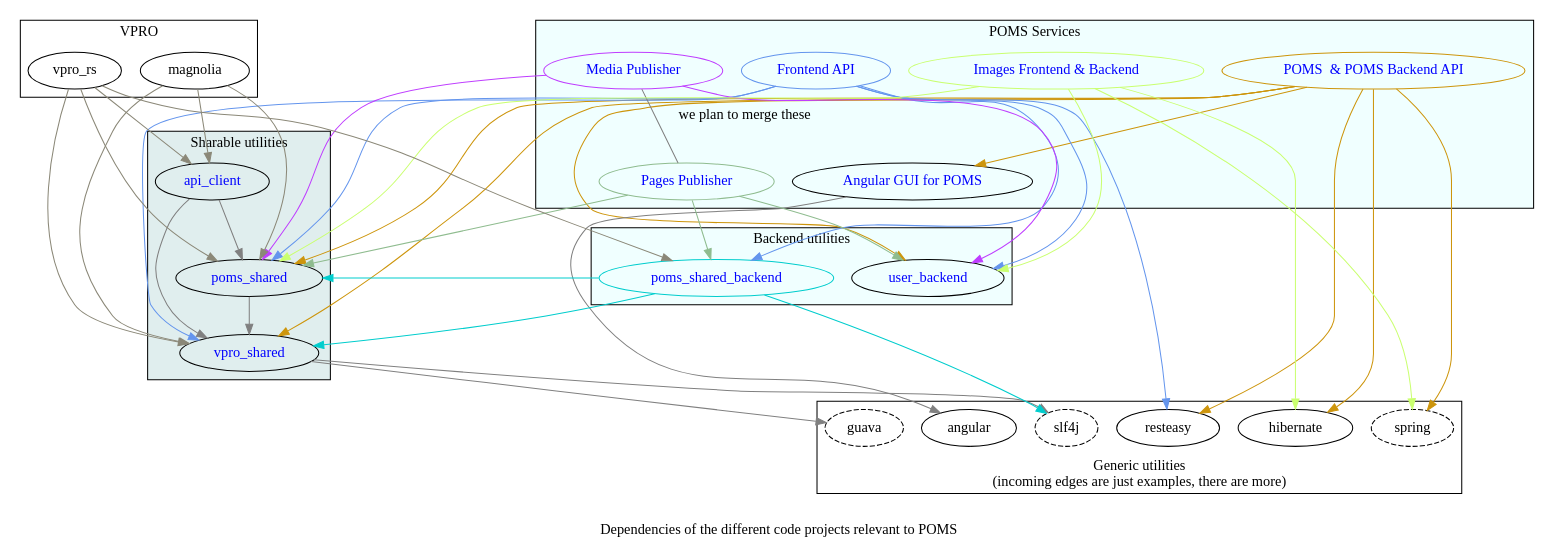
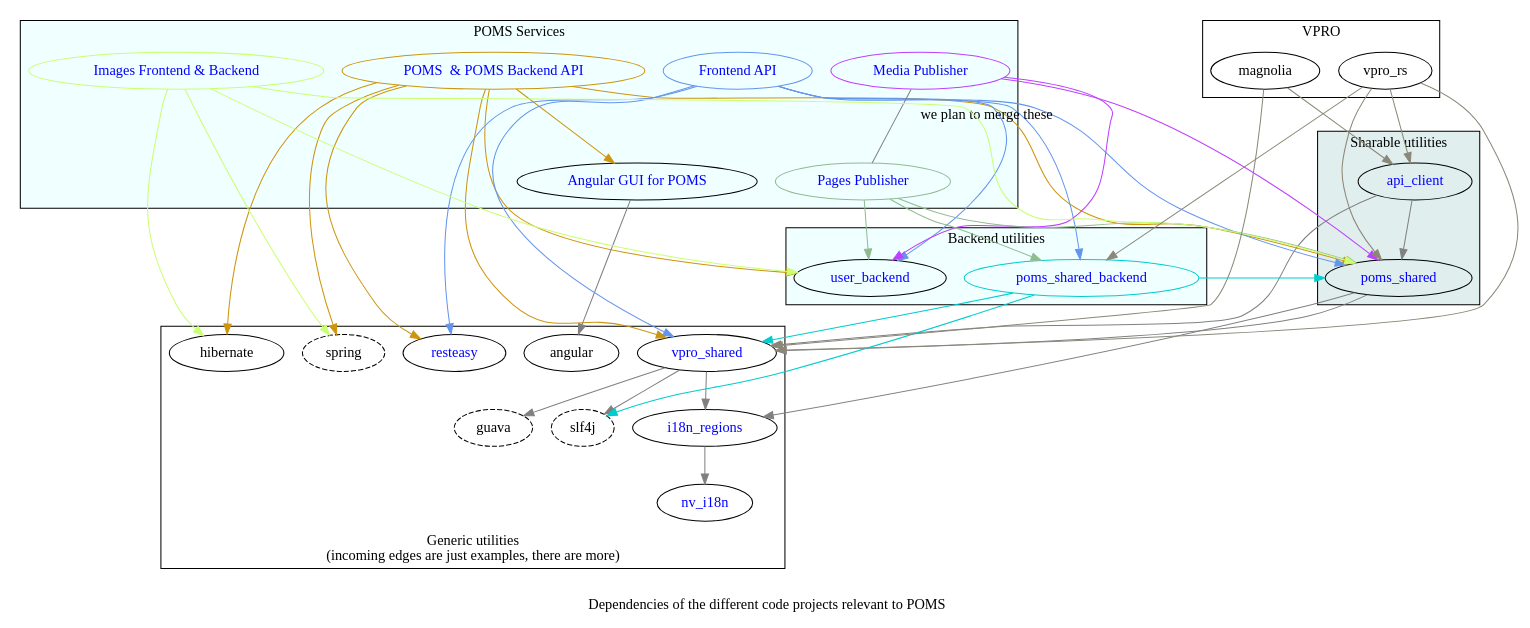
The diagram in poms-dependencies.dot (npo-poms/poms-parent), drawn with Graphviz before and after one commit. The commit also changed 2 other files, not shown here.

```diff
--- a/poms-dependencies.dot
+++ b/poms-dependencies.dot
@@ -1,154 +1,176 @@
 
 strict digraph {
   vpro_shared  [
                 href="https://github.com/vpro/vpro-shared"
                 fontcolor=blue
+
                 ]
   poms_shared  [
                 href="https://github.com/npo-poms/poms-shared"
                 fontcolor=blue
+   ]
+   i18n_regions  [
+                href="https://github.com/mihxil/i18n-regions"
+                fontcolor=blue
+
+                ]
+   nv_i18n  [
+      href="https://github.com/TakahikoKawasaki/nv-i18n"
+     fontcolor=blue
+
+   ]
+   resteasy [
+      href="https://github.com/resteasy/Resteasy"
+     fontcolor=blue
+
    ]
   api_client [ href="https://github.com/npo-poms/api-clients" fontcolor=blue ]
   poms_backend [ label="POMS  & POMS Backend API" href="https://subversion.vpro.nl/viewvc/nl/vpro/media" fontcolor=blue color=darkgoldenrod3]
   poms_gui [ label="Angular GUI for POMS" href="https://subversion.vpro.nl/viewvc/nl/vpro/media-gui" fontcolor=blue ]
   poms_shared_backend [ href="https://subversion.vpro.nl/viewvc/nl/publiekeomroep/poms-shared-backend/" fontcolor=blue color=cyan3 ]
   api [ label="Frontend API" href="https://subversion.vpro.nl/viewvc/nl/vpro/api/" fontcolor=blue color=cornflowerblue]
   media_publish [ label="Media Publisher" href="https://subversion.vpro.nl/viewvc/nl/publiekeomroep/npo-publish/" fontcolor=blue color=darkorchid1]
   pages_publish [ label="Pages Publisher" href="https://subversion.vpro.nl/viewvc/nl/vpro/pages-publish/" fontcolor=blue color=darkseagreen ]
   user_backend [ href="https://subversion.vpro.nl/repo/nl/vpro/user" fontcolor=blue ]
   images [ label="Images Frontend & Backend" href="https://subversion.vpro.nl/viewvc/nl/vpro/images/" fontcolor=blue color=darkolivegreen1 ]
 
 
 
   label="
   Dependencies of the different code projects relevant to POMS";
 
   graph [
          splines=yes
          ]
   edge [
         color=gray
         ]
 
 
   subgraph cluster_0  {
     label="Generic utilities\n(incoming edges are just examples, there are more)"
     //label="Utilities which we don't maintain. These are only some example. Also, not every edge is included";
     labelloc=b
+    vpro_shared
+    i18n_regions
+    nv_i18n
     slf4j[style=dashed]
     guava[style=dashed]
     spring[style=dashed]
     resteasy
     hibernate
     angular
   }
 
   subgraph cluster_1  {
     label="VPRO"
     magnolia
     vpro_rs
   }
   subgraph cluster_2  {
     label="POMS Services"
     description="These are actually deployed"
     bgcolor=azure
     poms_gui
     poms_backend
     pages_publish
     media_publish
     api
     images
   }
 
   subgraph cluster_3 {
     label="Backend utilities"
     bgcolor=azure
     user_backend
     poms_shared_backend
   }
 
   subgraph cluster_4  {
     label="Sharable utilities"
     bgcolor=azure2
     api_client
-    vpro_shared
     poms_shared
   }
 
   vpro_shared -> {
     slf4j
     guava
+    i18n_regions
   }
-  poms_shared -> vpro_shared
+  poms_shared -> {
+     vpro_shared
+     i18n_regions
+  }
   poms_shared_backend -> {
     vpro_shared
     poms_shared
     slf4j
   }[color=cyan3]
+  i18n_regions -> nv_i18n
 
   api -> {
     poms_shared
     poms_shared_backend
     vpro_shared
     user_backend
     resteasy
   }[color=cornflowerblue]
 
 
   pages_publish -> {
     poms_shared_backend
     poms_shared
     user_backend
   }[color=darkseagreen]
 
   media_publish -> {
     poms_shared
     user_backend
     user_backend
     #poms_shared_backend
     }[color=darkorchid1]
 
     media_publish -> pages_publish[label="we plan to merge these" dir=none]
 
 
 
   api_client -> {
     poms_shared
     vpro_shared
   }
 
 
   images -> {
     poms_shared
     user_backend
     spring
     hibernate
   }[color=darkolivegreen1]
 
   magnolia -> {
     api_client
     vpro_shared
-    poms_shared
   }[color=cornsilk4]
 
 
   vpro_rs -> {
     api_client
     vpro_shared
     poms_shared
     poms_shared_backend
   }[color=cornsilk4]
 
   poms_backend -> {
     poms_shared
     poms_gui
     resteasy
     spring
     hibernate
     vpro_shared
     user_backend
   }[color=darkgoldenrod3]
   poms_gui -> angular
 
 
 }
```
